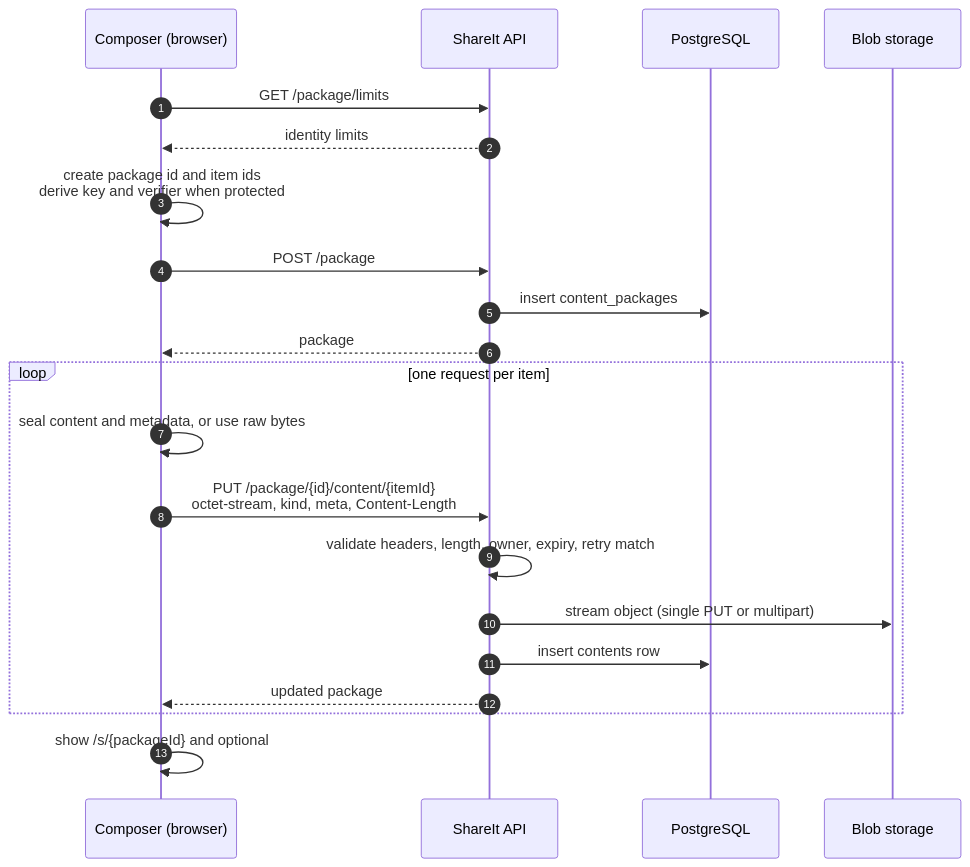
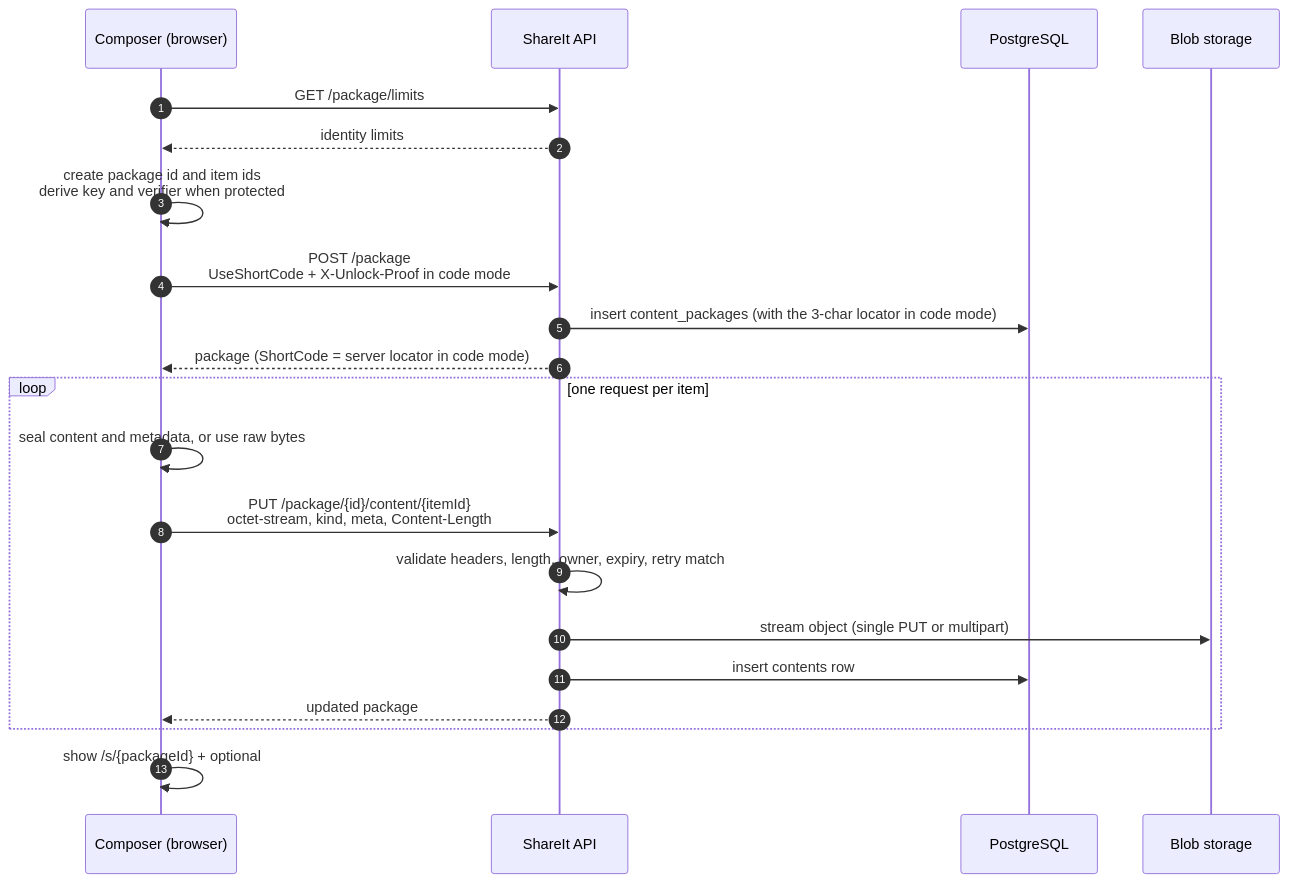
Before and after one commit to GrafZ3pp3lin/ShareIt: the first of 4 diagrams in docs/upload-download.md, drawn with Mermaid. The commit also changed other lines of this file and 5 other files, not shown here.

````diff
--- a/docs/upload-download.md
+++ b/docs/upload-download.md
@@ -108,24 +182,24 @@
 ```mermaid
 sequenceDiagram
     autonumber
     participant B as Composer (browser)
     participant API as ShareIt API
     participant DB as PostgreSQL
     participant S3 as Blob storage
 
     B->>API: GET /package/limits
     API-->>B: identity limits
     B->>B: create package id and item ids<br/>derive key and verifier when protected
-    B->>API: POST /package
-    API->>DB: insert content_packages
-    API-->>B: package
+    B->>API: POST /package<br/>UseShortCode + X-Unlock-Proof in code mode
+    API->>DB: insert content_packages (with the 3-char locator in code mode)
+    API-->>B: package (ShortCode = server locator in code mode)
     loop one request per item
         B->>B: seal content and metadata, or use raw bytes
         B->>API: PUT /package/{id}/content/{itemId}<br/>octet-stream, kind, meta, Content-Length
         API->>API: validate headers, length, owner, expiry, retry match
         API->>S3: stream object (single PUT or multipart)
         API->>DB: insert contents row
         API-->>B: updated package
     end
-    B->>B: show /s/{packageId} and optional #s=passphrase
+    B->>B: show /s/{packageId} + optional #s=passphrase<br/>or the combined ABC-234 code
 ```
````
